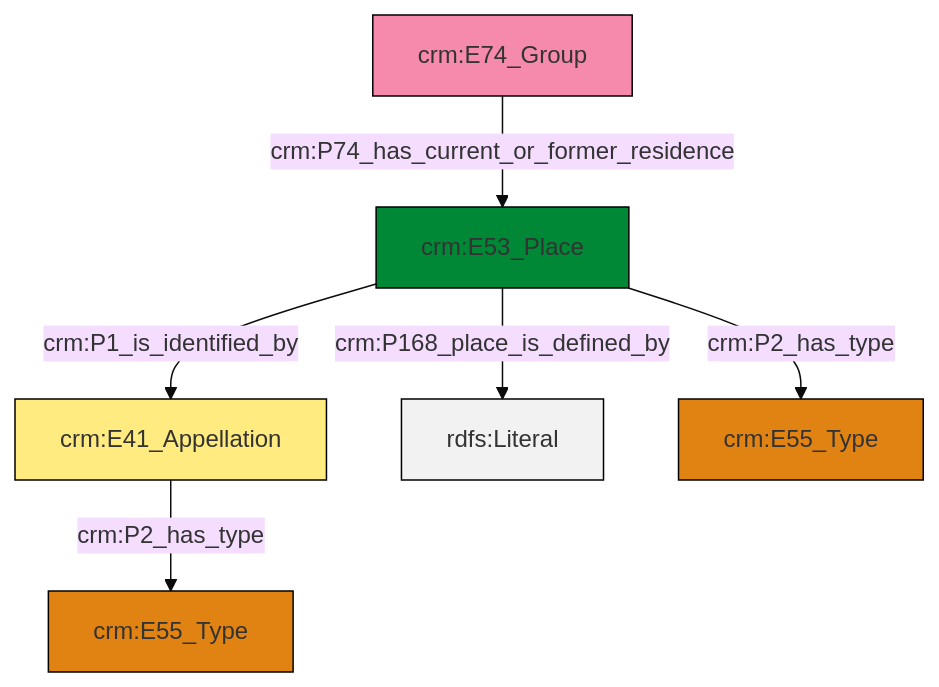
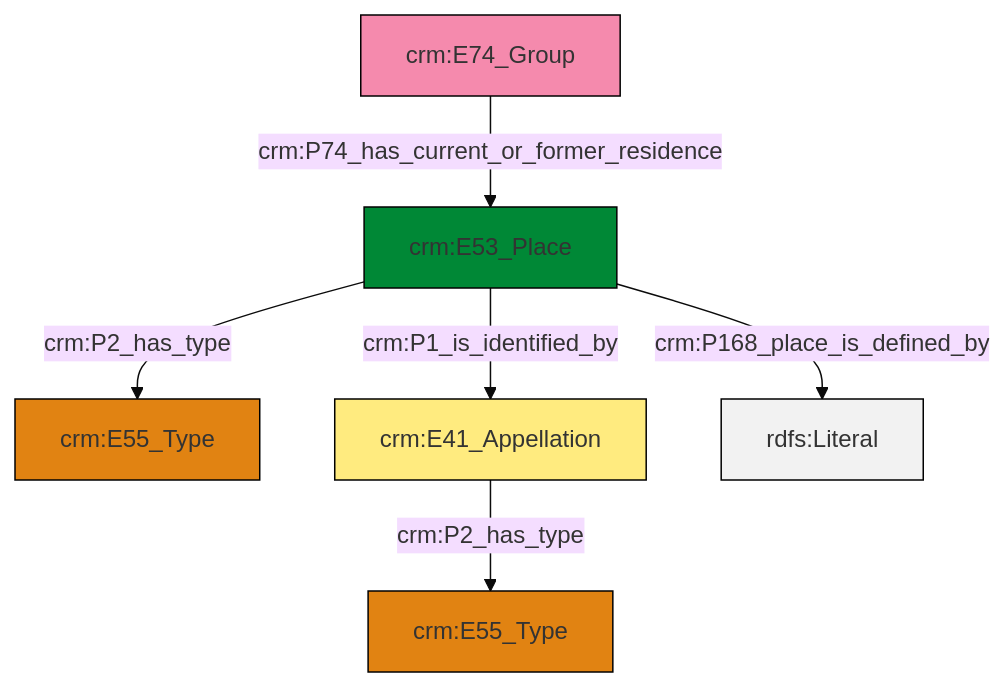
Before and after one commit to swiss-art-research-net/reference-data-models: the diagram in et/groupCSV/ttl/mmd/group_location.ttl.mmd, drawn with Mermaid (base theme). The commit also changed 126 other files, not shown here.

```diff
--- a/et/groupCSV/ttl/mmd/group_location.ttl.mmd
+++ b/et/groupCSV/ttl/mmd/group_location.ttl.mmd
@@ -1,20 +1,20 @@
 graph TD
 classDef Literal fill:#f2f2f2,stroke:#000000;
 classDef CRM_Entity fill:#FFFFFF,stroke:#000000;
 classDef Temporal_Entity fill:#00C9E6, stroke:#000000;
 classDef Type fill:#E18312, stroke:#000000;
 classDef Time-Span fill:#2C9C91, stroke:#000000;
 classDef Appellation fill:#FFEB7F, stroke:#000000;
 classDef Place fill:#008836, stroke:#000000;
 classDef Persistent_Item fill:#B266B2, stroke:#000000;
 classDef Conceptual_Object fill:#FFD700, stroke:#000000;
 classDef Physical_Thing fill:#D2B48C, stroke:#000000;
 classDef Actor fill:#f58aad, stroke:#000000;
 classDef PC_Classes fill:#4ce600, stroke:#000000;
 classDef Multi fill:#cccccc,stroke:#000000;
 
-0["crm:E53_Place"]:::Place -->|crm:P1_is_identified_by| 1["crm:E41_Appellation"]:::Appellation
-3["crm:E74_Group"]:::Actor -->|crm:P74_has_current_or_former_residence| 0["crm:E53_Place"]:::Place
-1["crm:E41_Appellation"]:::Appellation -->|crm:P2_has_type| 4["crm:E55_Type"]:::Type
-0["crm:E53_Place"]:::Place -->|crm:P168_place_is_defined_by| 5[rdfs:Literal]:::Literal
-0["crm:E53_Place"]:::Place -->|crm:P2_has_type| 7["crm:E55_Type"]:::Type
+0["crm:E53_Place"]:::Place -->|crm:P2_has_type| 1["crm:E55_Type"]:::Type
+5["crm:E74_Group"]:::Actor -->|crm:P74_has_current_or_former_residence| 0["crm:E53_Place"]:::Place
+0["crm:E53_Place"]:::Place -->|crm:P168_place_is_defined_by| 7[rdfs:Literal]:::Literal
+2["crm:E41_Appellation"]:::Appellation -->|crm:P2_has_type| 10["crm:E55_Type"]:::Type
+0["crm:E53_Place"]:::Place -->|crm:P1_is_identified_by| 2["crm:E41_Appellation"]:::Appellation
```
